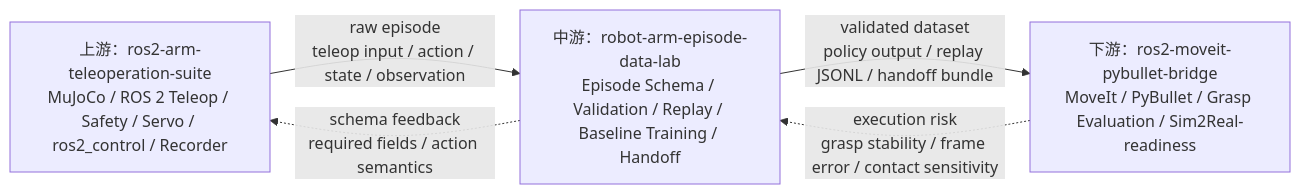
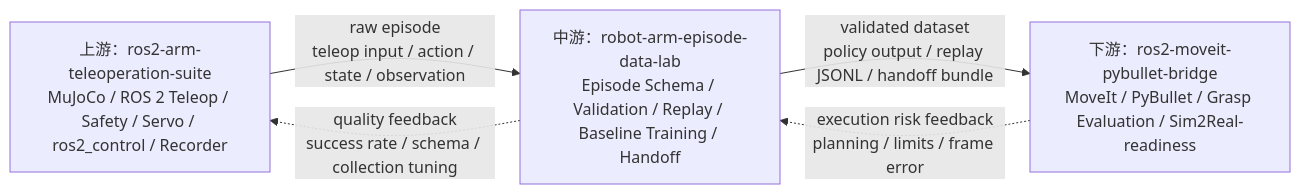
One commit to inayina/robot-arm-episode-data-lab changed the first of 2 diagrams in docs/THREE_REPO_ARCHITECTURE.md. Above: the diagram before and after it, drawn with Mermaid. The commit also changed other lines of this file and 36 other files, not shown here.

````diff
--- a/docs/THREE_REPO_ARCHITECTURE.md
+++ b/docs/THREE_REPO_ARCHITECTURE.md
@@ -17,11 +17,11 @@
 ```mermaid
 flowchart LR
     A["上游：ros2-arm-teleoperation-suite<br/>MuJoCo / ROS 2 Teleop / Safety / Servo / ros2_control / Recorder"]
     B["中游：robot-arm-episode-data-lab<br/>Episode Schema / Validation / Replay / Baseline Training / Handoff"]
     C["下游：ros2-moveit-pybullet-bridge<br/>MoveIt / PyBullet / Grasp Evaluation / Sim2Real-readiness"]
 
     A -->|"raw episode<br/>teleop input / action / state / observation"| B
     B -->|"validated dataset<br/>policy output / replay JSONL / handoff bundle"| C
-    C -.->|"execution risk<br/>grasp stability / frame error / contact sensitivity"| B
-    B -.->|"schema feedback<br/>required fields / action semantics"| A
+    C -.->|"execution risk feedback<br/>planning / limits / frame error"| B
+    B -.->|"quality feedback<br/>success rate / schema / collection tuning"| A
 ```
````
